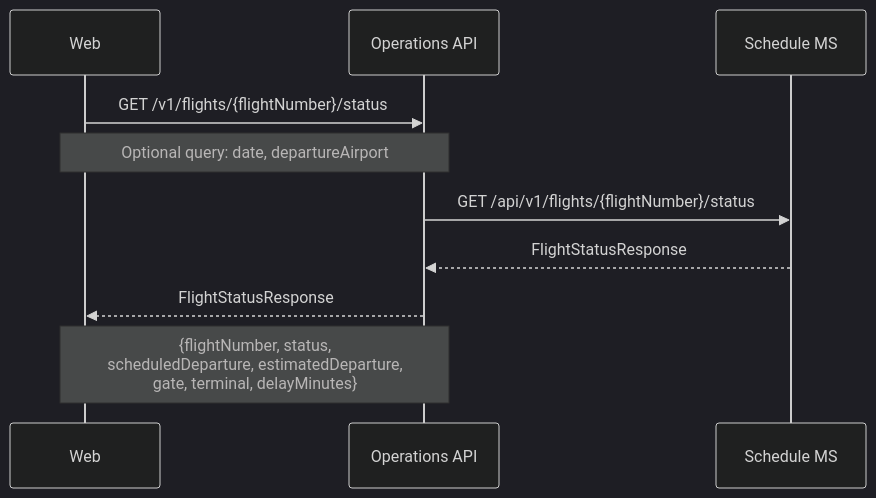
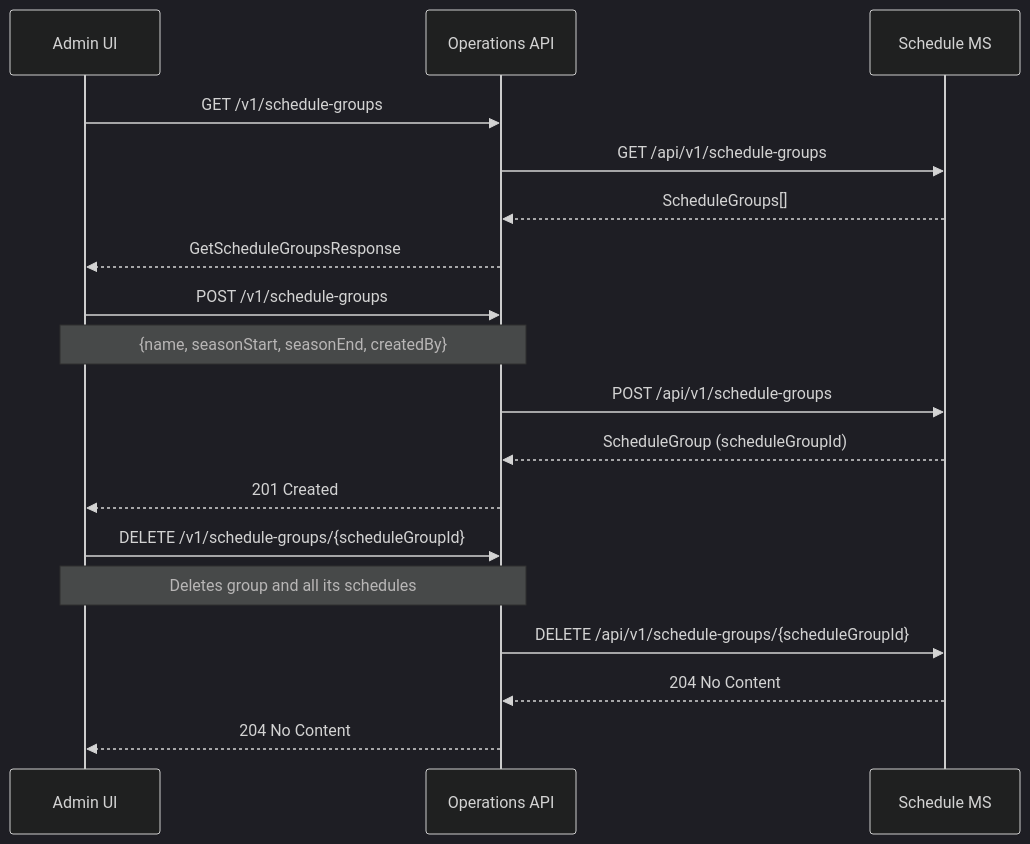
Before and after one commit to sebharvey/airline-reservation-system: the fifth of 5 diagrams in documentation/sequences/schedule.md, drawn with Mermaid (dark theme). The commit also changed other lines of this file and 11 other files, not shown here.

````diff
--- a/documentation/sequences/schedule.md
+++ b/documentation/sequences/schedule.md
@@ -114,13 +115,23 @@
 ```mermaid
 sequenceDiagram
-    participant Web
+    participant Terminal as Admin UI
     participant OpsAPI as Operations API
     participant ScheduleMS as Schedule MS
 
-    Web->>OpsAPI: GET /v1/flights/{flightNumber}/status
-    Note over Web,OpsAPI: Optional query: date, departureAirport
-    OpsAPI->>ScheduleMS: GET /api/v1/flights/{flightNumber}/status
-    ScheduleMS-->>OpsAPI: FlightStatusResponse
-    OpsAPI-->>Web: FlightStatusResponse
-    Note over OpsAPI,Web: {flightNumber, status,<br/>scheduledDeparture, estimatedDeparture,<br/>gate, terminal, delayMinutes}
+    Terminal->>OpsAPI: GET /v1/schedule-groups
+    OpsAPI->>ScheduleMS: GET /api/v1/schedule-groups
+    ScheduleMS-->>OpsAPI: ScheduleGroups[]
+    OpsAPI-->>Terminal: GetScheduleGroupsResponse
+
+    Terminal->>OpsAPI: POST /v1/schedule-groups
+    Note over Terminal,OpsAPI: {name, seasonStart, seasonEnd, createdBy}
+    OpsAPI->>ScheduleMS: POST /api/v1/schedule-groups
+    ScheduleMS-->>OpsAPI: ScheduleGroup (scheduleGroupId)
+    OpsAPI-->>Terminal: 201 Created
+
+    Terminal->>OpsAPI: DELETE /v1/schedule-groups/{scheduleGroupId}
+    Note over Terminal,OpsAPI: Deletes group and all its schedules
+    OpsAPI->>ScheduleMS: DELETE /api/v1/schedule-groups/{scheduleGroupId}
+    ScheduleMS-->>OpsAPI: 204 No Content
+    OpsAPI-->>Terminal: 204 No Content
 ```
````
